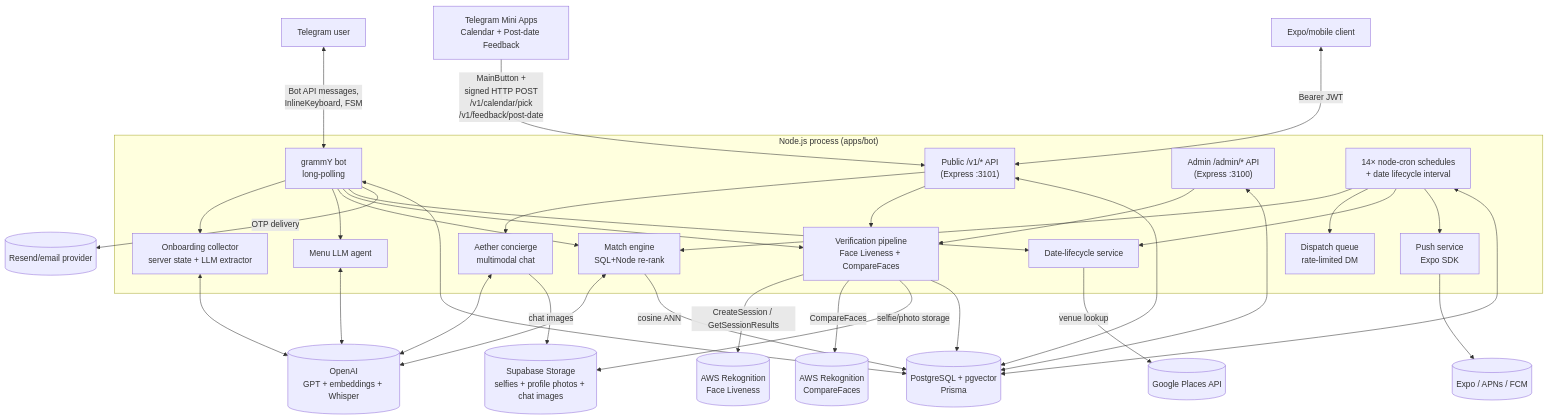
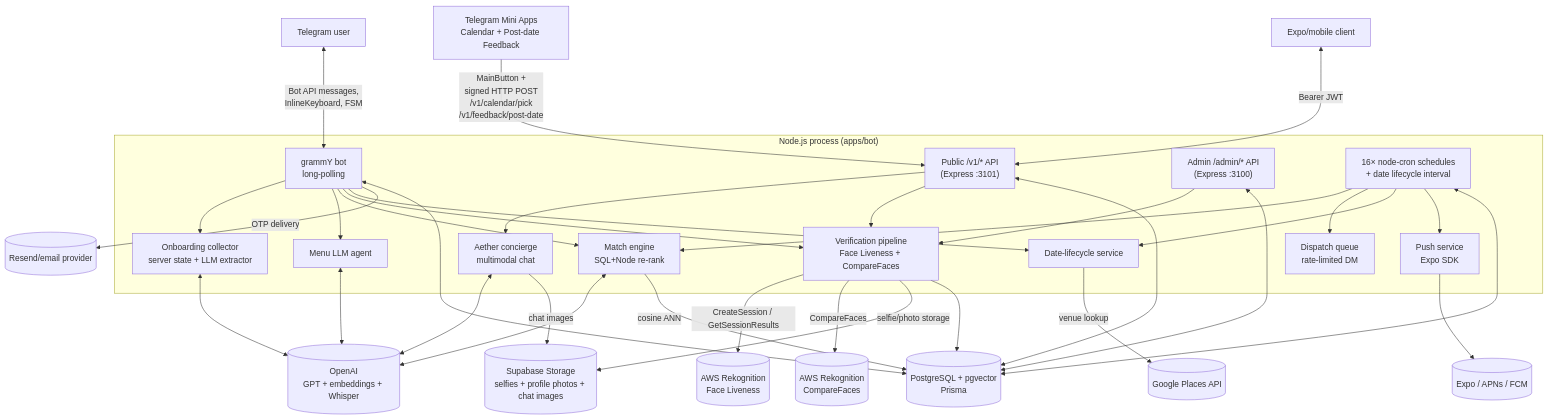
The diagram in ARCHITECTURE.md (Gennety-Dating/Gennety-Dating-Backend), drawn with Mermaid before and after one commit. The commit also changed other lines of this file and 11 other files, not shown here.

````diff
--- a/ARCHITECTURE.md
+++ b/ARCHITECTURE.md
@@ -66,77 +66,77 @@
 ```mermaid
 graph TD
     %% ── Clients ────────────────────────────────────
     TG_User[Telegram user]
     Mini[Telegram Mini Apps<br/>Calendar + Post-date Feedback]
     Mobile[Expo/mobile client]
 
     %% ── Single Node.js process (apps/bot) ──────────
     subgraph Process["Node.js process (apps/bot)"]
       Bot[grammY bot<br/>long-polling]
       PublicAPI["Public /v1/* API<br/>(Express :3101)"]
       AdminAPI["Admin /admin/* API<br/>(Express :3100)"]
-      Crons["14× node-cron schedules<br/>+ date lifecycle interval"]
+      Crons["16× node-cron schedules<br/>+ date lifecycle interval"]
       OnboAgent[Onboarding collector<br/>server state + LLM extractor]
       MenuAgent[Menu LLM agent]
       Aether[Aether concierge<br/>multimodal chat]
       Match[Match engine<br/>SQL+Node re-rank]
       DispatchQ[Dispatch queue<br/>rate-limited DM]
       Verify[Verification pipeline<br/>Face Liveness + CompareFaces]
       DateLC[Date-lifecycle service]
       Push[Push service<br/>Expo SDK]
     end
 
     %% ── External services ──────────────────────────
     OpenAI[(OpenAI<br/>GPT + embeddings + Whisper)]
     Liveness[(AWS Rekognition<br/>Face Liveness)]
     Rekog[(AWS Rekognition<br/>CompareFaces)]
     Places[(Google Places API)]
     Email[(Resend/email provider)]
     Supabase[(Supabase Storage<br/>selfies + profile photos + chat images)]
     PushSvc[(Expo / APNs / FCM)]
 
     %% ── Data layer ─────────────────────────────────
     PG[(PostgreSQL + pgvector<br/>Prisma)]
 
     %% ── Edges: clients ↔ process ───────────────────
     TG_User <-->|Bot API messages,<br/>InlineKeyboard, FSM| Bot
     Mini -->|MainButton +<br/>signed HTTP POST<br/>/v1/calendar/pick<br/>/v1/feedback/post-date| PublicAPI
     Mobile <-->|Bearer JWT| PublicAPI
 
     %% ── Edges inside process ───────────────────────
     Bot --> OnboAgent
     Bot --> MenuAgent
     Bot --> Match
     Bot --> Verify
     Bot --> DateLC
     Crons --> Match
     Crons --> DispatchQ
     Crons --> DateLC
     Crons --> Push
     PublicAPI --> Aether
     PublicAPI --> Verify
     AdminAPI --> Verify
 
     %% ── Edges: process → external ──────────────────
     OnboAgent <--> OpenAI
     MenuAgent <--> OpenAI
     Aether <--> OpenAI
     Match <--> OpenAI
     Verify -->|CreateSession / GetSessionResults| Liveness
     Verify -->|CompareFaces| Rekog
     Verify -->|selfie/photo storage| Supabase
     Aether -->|chat images| Supabase
     DateLC -->|venue lookup| Places
     Bot -->|OTP delivery| Email
     Push --> PushSvc
 
     %% ── Edges: process → DB ────────────────────────
     Bot <--> PG
     PublicAPI <--> PG
     AdminAPI <--> PG
     Crons <--> PG
     Match -->|cosine ANN| PG
     Verify --> PG
 
     %% ── Webhooks back into process ─────────────────
 ```
````
